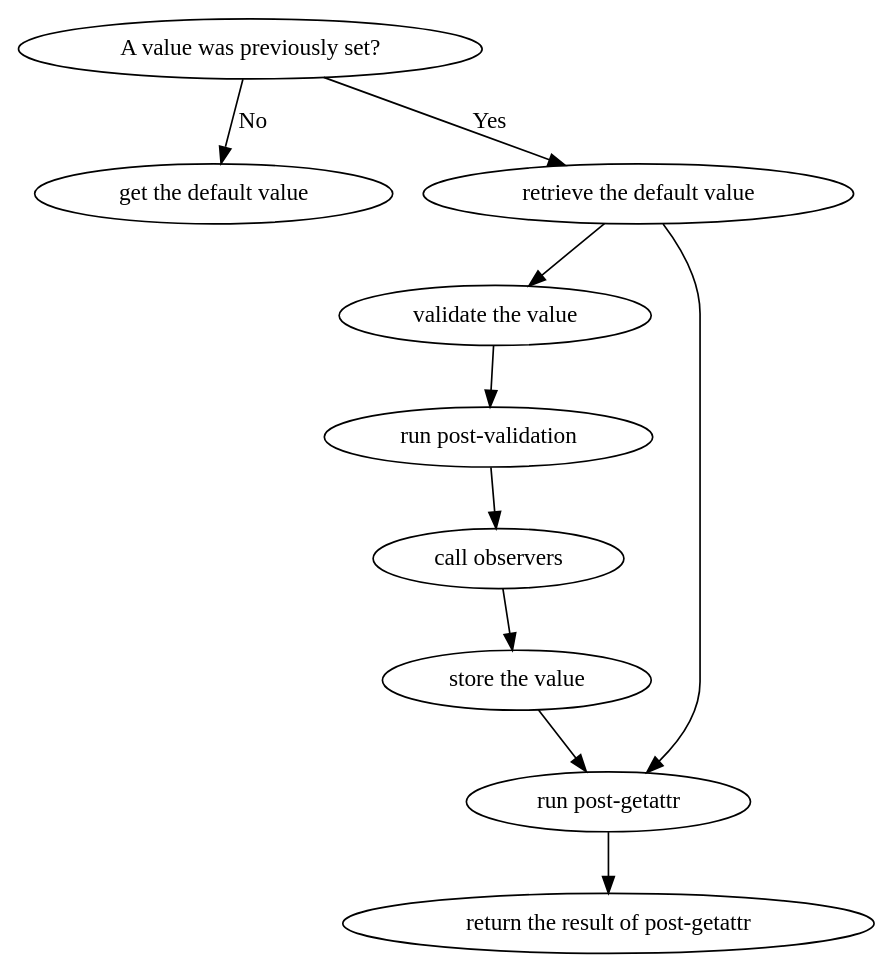
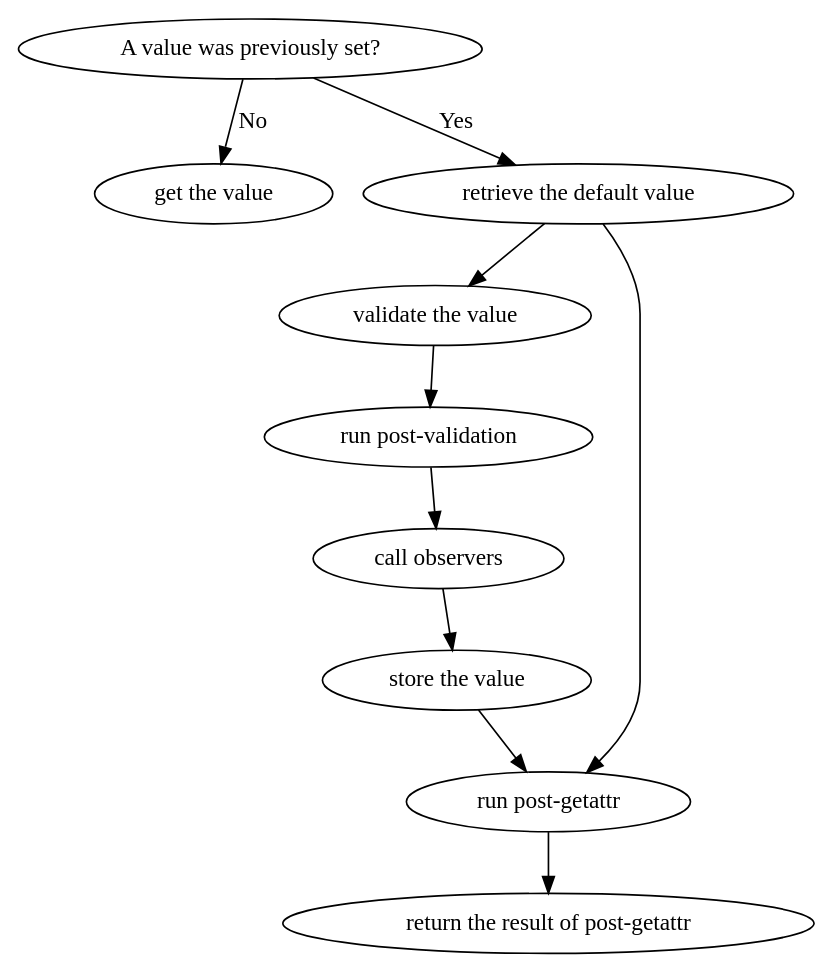
Before and after one commit to nucleic/atom: the first of 2 diagrams in docs/source/basis/members.rst, drawn with Graphviz. The commit also changed other lines of this file, not shown here.

```diff
--- a/docs/source/basis/members.rst
+++ b/docs/source/basis/members.rst
@@ -67,20 +67,20 @@
 .. digraph:: getattr
 
     a [label="A value was previously set?"];
     a->b[label="No"];
     a->c[label="Yes"];
-    b[label="get the default value"];
+    b[label="get the value"];
     c[label="retrieve the default value"];
     c->d;
     d[label="validate the value"];
     d->e;
     e[label="run post-validation"];
     e->f;
     f[label="call observers"];
     f->g;
     g[label="store the value"];
     g->i;
     c->i;
     i[label="run post-getattr"];
     i->j;
     j[label="return the result of post-getattr" ];
```
